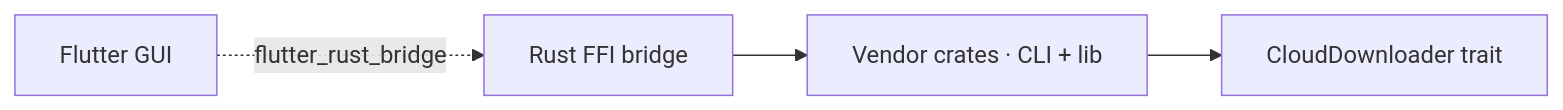
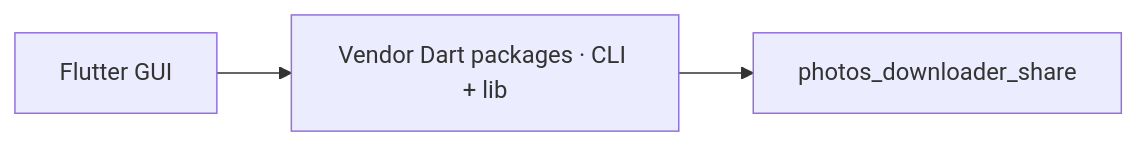
The diagram in src/content/docs/en/architecture.md (photos-downloader/photos_downloader), drawn with Mermaid before and after one commit. The commit also changed other lines of this file and 12 other files, not shown here.

First line of the commit message:
docs: document three-repo Dart architecture

````diff
--- a/src/content/docs/en/architecture.md
+++ b/src/content/docs/en/architecture.md
@@ -8,11 +8,9 @@
 ```mermaid
 flowchart LR
     GUI["Flutter GUI"]
-    BRIDGE["Rust FFI bridge"]
-    VENDORS["Vendor crates · CLI + lib"]
-    CORE["CloudDownloader trait"]
+    VENDORS["Vendor Dart packages · CLI + lib"]
+    CORE["photos_downloader_share"]
 
-    GUI -.->|flutter_rust_bridge| BRIDGE
-    BRIDGE --> VENDORS
+    GUI --> VENDORS
     VENDORS --> CORE
 ```
````
